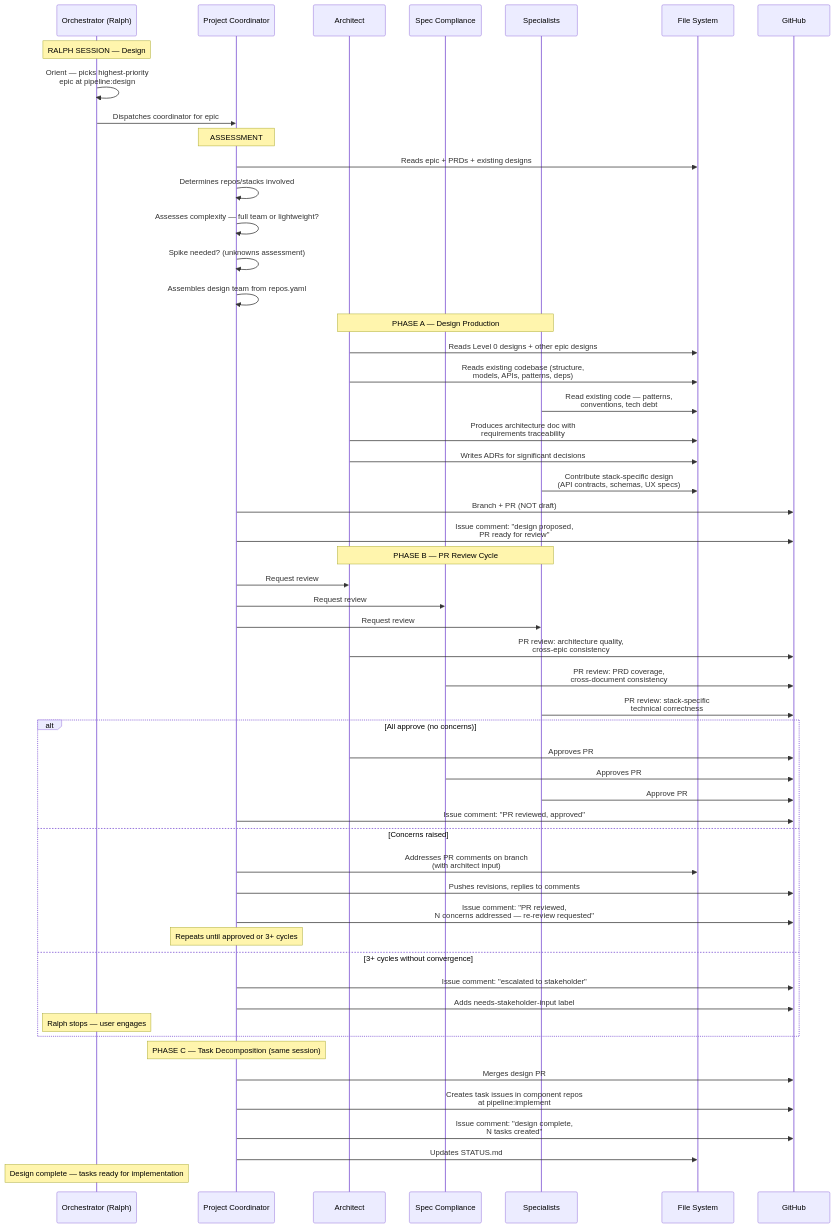
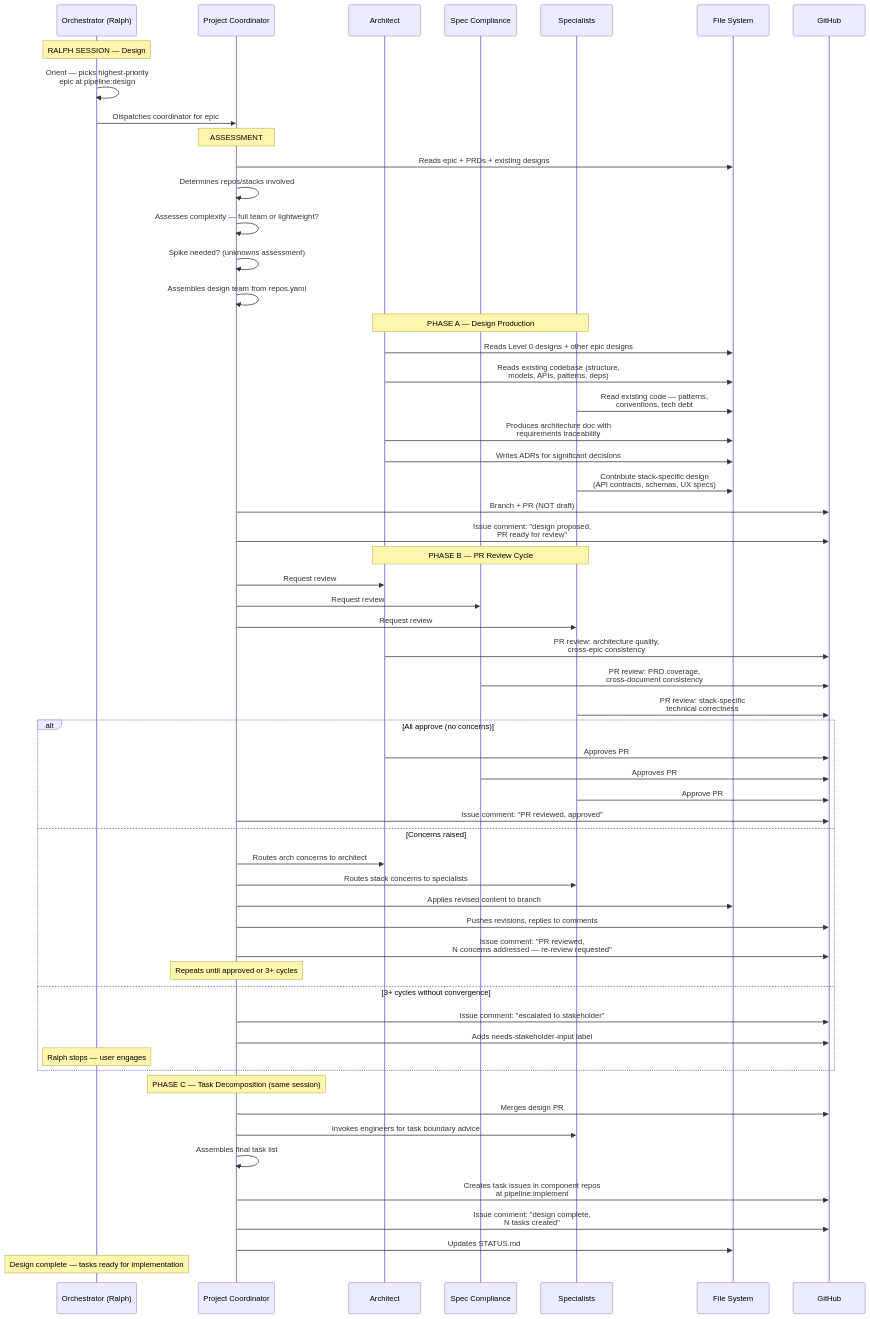
Before and after one commit to themachinagod/andgasm-claude-orchestration-project: diagram 12 of 12 in docs/research/pipeline-redesign-v2.md, drawn with Mermaid. The commit also changed other lines of this file, not shown here.

````diff
--- a/docs/research/pipeline-redesign-v2.md
+++ b/docs/research/pipeline-redesign-v2.md
@@ -1037,63 +1068,67 @@
 ```mermaid
 sequenceDiagram
     participant O as Orchestrator (Ralph)
     participant C as Project Coordinator
     participant A as Architect
     participant SC as Spec Compliance
     participant SP as Specialists
     participant FS as File System
     participant GH as GitHub
 
     Note over O: RALPH SESSION — Design
 
     O->>O: Orient — picks highest-priority<br/>epic at pipeline:design
     O->>C: Dispatches coordinator for epic
 
     Note over C: ASSESSMENT
     C->>FS: Reads epic + PRDs + existing designs
     C->>C: Determines repos/stacks involved
     C->>C: Assesses complexity — full team or lightweight?
     C->>C: Spike needed? (unknowns assessment)
     C->>C: Assembles design team from repos.yaml
 
     Note over A,SP: PHASE A — Design Production
     A->>FS: Reads Level 0 designs + other epic designs
     A->>FS: Reads existing codebase (structure,<br/>models, APIs, patterns, deps)
     SP->>FS: Read existing code — patterns,<br/>conventions, tech debt
     A->>FS: Produces architecture doc with<br/>requirements traceability
     A->>FS: Writes ADRs for significant decisions
     SP->>FS: Contribute stack-specific design<br/>(API contracts, schemas, UX specs)
     C->>GH: Branch + PR (NOT draft)
     C->>GH: Issue comment: "design proposed,<br/>PR ready for review"
 
     Note over A,SP: PHASE B — PR Review Cycle
     C->>A: Request review
     C->>SC: Request review
     C->>SP: Request review
     A->>GH: PR review: architecture quality,<br/>cross-epic consistency
     SC->>GH: PR review: PRD coverage,<br/>cross-document consistency
     SP->>GH: PR review: stack-specific<br/>technical correctness
 
     alt All approve (no concerns)
         A->>GH: Approves PR
         SC->>GH: Approves PR
         SP->>GH: Approve PR
         C->>GH: Issue comment: "PR reviewed, approved"
     else Concerns raised
-        C->>FS: Addresses PR comments on branch<br/>(with architect input)
+        C->>A: Routes arch concerns to architect
+        C->>SP: Routes stack concerns to specialists
+        C->>FS: Applies revised content to branch
         C->>GH: Pushes revisions, replies to comments
         C->>GH: Issue comment: "PR reviewed,<br/>N concerns addressed — re-review requested"
         Note over C: Repeats until approved or 3+ cycles
     else 3+ cycles without convergence
         C->>GH: Issue comment: "escalated to stakeholder"
         C->>GH: Adds needs-stakeholder-input label
         Note over O: Ralph stops — user engages
     end
 
     Note over C: PHASE C — Task Decomposition (same session)
     C->>GH: Merges design PR
+    C->>SP: Invokes engineers for task boundary advice
+    C->>C: Assembles final task list
     C->>GH: Creates task issues in component repos<br/>at pipeline:implement
     C->>GH: Issue comment: "design complete,<br/>N tasks created"
     C->>FS: Updates STATUS.md
     Note over O: Design complete — tasks ready for implementation
 ```
````
